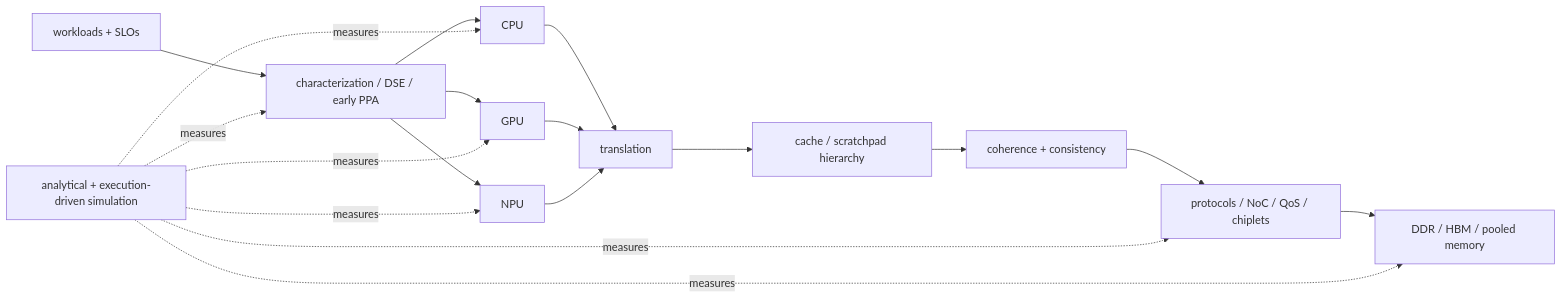
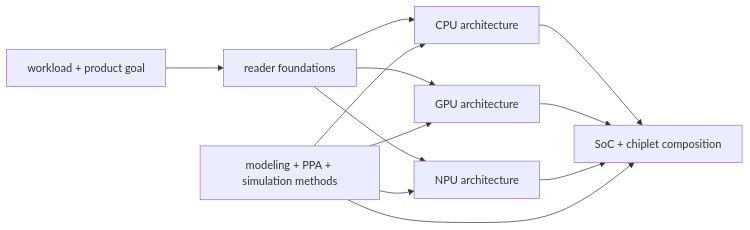
The diagram in 01_Architecture_and_PPA/00_Index.md (Wty2003328/silicon-design-notebook), drawn with Mermaid before and after one commit. The commit also changed other lines of this file and 178 other files, not shown here.

Commit message:
Organize architecture content by chip type

````diff
--- a/01_Architecture_and_PPA/00_Index.md
+++ b/01_Architecture_and_PPA/00_Index.md
@@ -7,20 +21,14 @@
-```mermaid
+~~~mermaid
 flowchart LR
-    Work["workloads + SLOs"] --> Model["characterization / DSE / early PPA"]
-    Model --> CPU["CPU"]
-    Model --> GPU["GPU"]
-    Model --> NPU["NPU"]
-    CPU --> VM["translation"]
-    GPU --> VM
-    NPU --> VM
-    VM --> Cache["cache / scratchpad hierarchy"]
-    Cache --> Coh["coherence + consistency"]
-    Coh --> Fabric["protocols / NoC / QoS / chiplets"]
-    Fabric --> Main["DDR / HBM / pooled memory"]
-    Sim["analytical + execution-driven simulation"] -. measures .-> Model
-    Sim -. measures .-> CPU
-    Sim -. measures .-> GPU
-    Sim -. measures .-> NPU
-    Sim -. measures .-> Fabric
-    Sim -. measures .-> Main
-```
+    Need["workload + product goal"] --> Primer["reader foundations"]
+    Primer --> CPU["CPU architecture"]
+    Primer --> GPU["GPU architecture"]
+    Primer --> NPU["NPU architecture"]
+    CPU --> SoC["SoC + chiplet composition"]
+    GPU --> SoC
+    NPU --> SoC
+    Methods["modeling + PPA + simulation methods"] --> CPU
+    Methods --> GPU
+    Methods --> NPU
+    Methods --> SoC
+~~~
````
